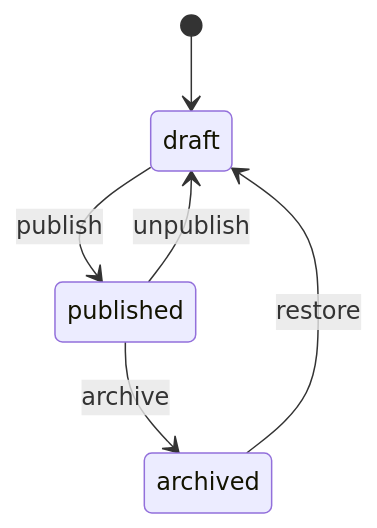
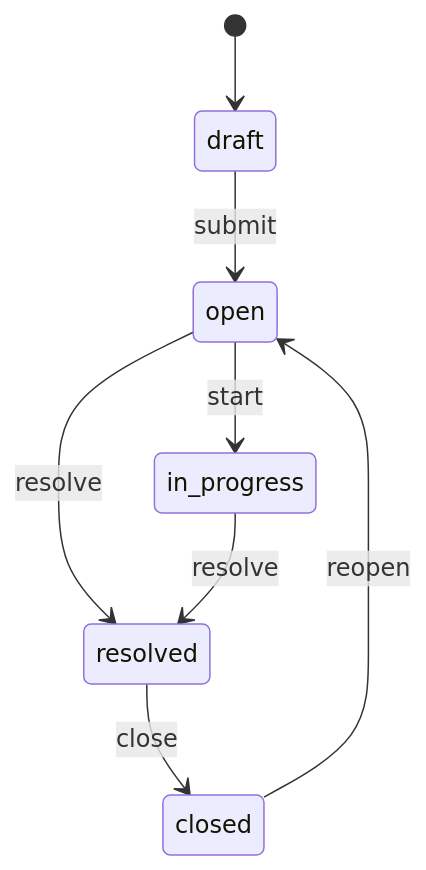
One commit to poluru-labs/fastapi-realworld-projects changed the diagram in intermediate/fastapi-helpdesk/README.md. Above: the diagram before and after it, drawn with Mermaid. The commit also changed other lines of this file and 30 other files, not shown here.

````diff
--- a/intermediate/fastapi-helpdesk/README.md
+++ b/intermediate/fastapi-helpdesk/README.md
@@ -71,8 +35,10 @@
 ```mermaid
 stateDiagram-v2
   [*] --> draft
-  draft --> published: publish
-  published --> draft: unpublish
-  published --> archived: archive
-  archived --> draft: restore
+  draft --> open: submit
+  open --> in_progress: start
+  open --> resolved: resolve
+  in_progress --> resolved: resolve
+  resolved --> closed: close
+  closed --> open: reopen
 ```
````
